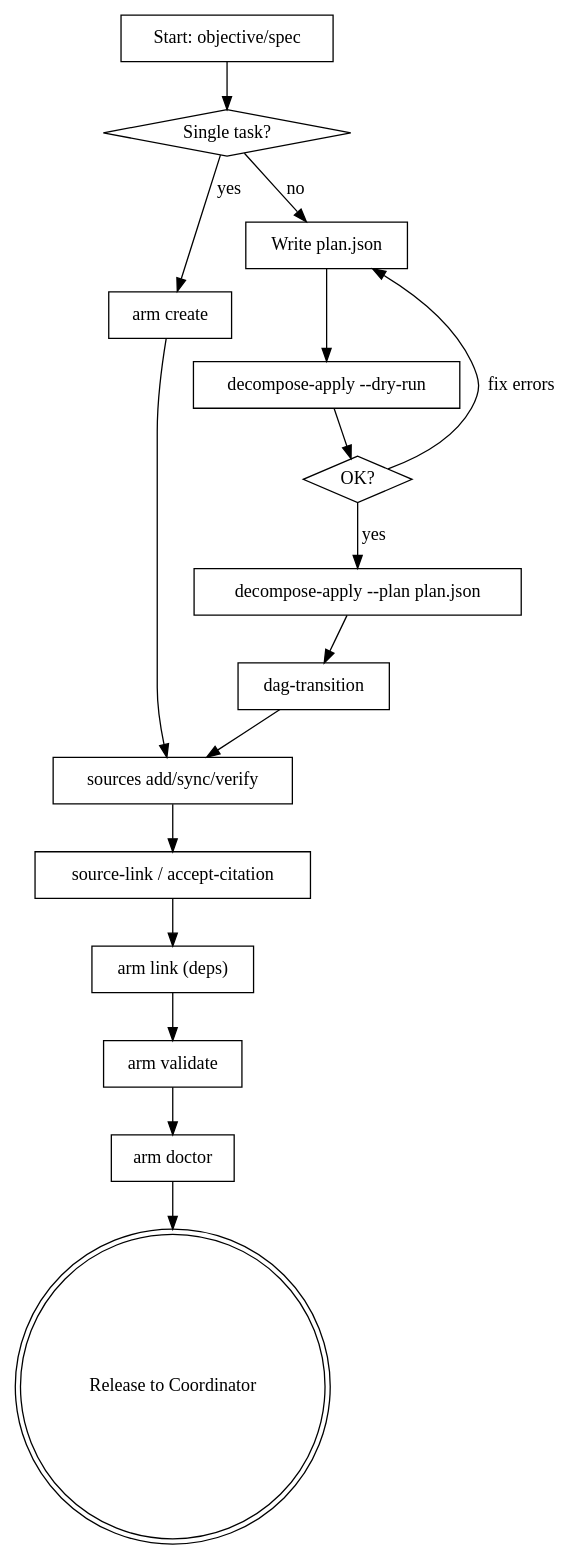
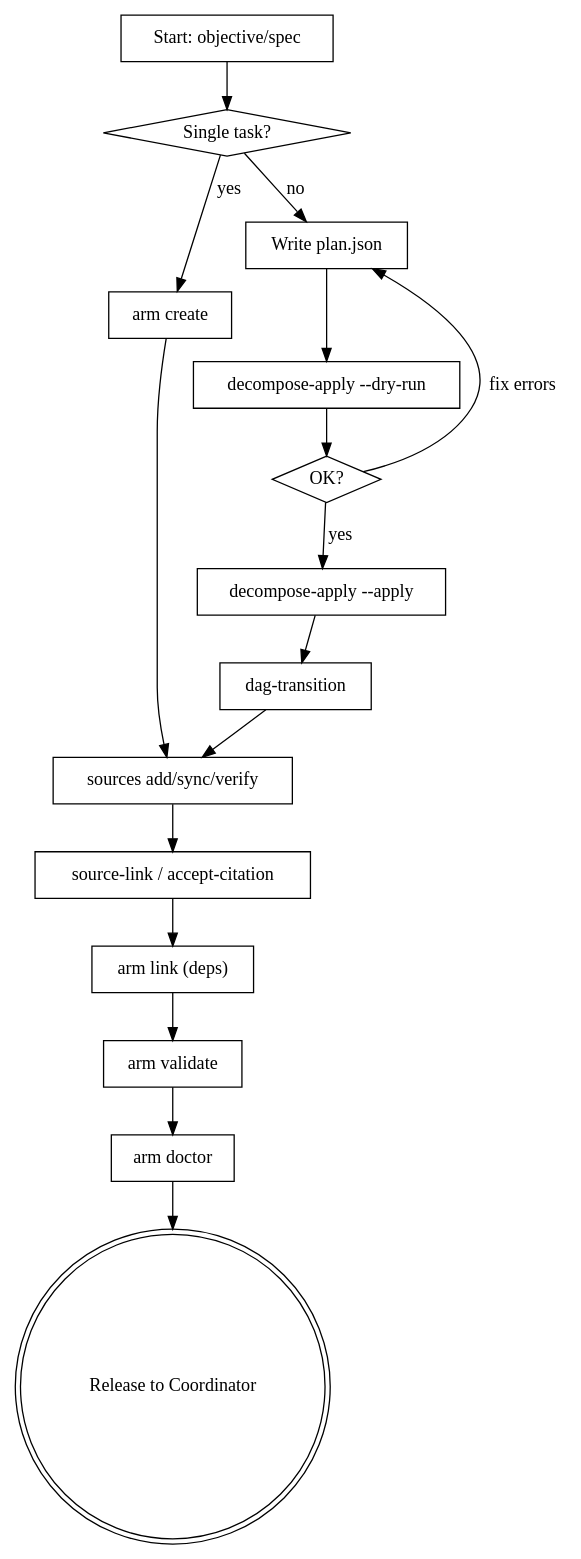
One commit to scullxbones/armature changed the diagram in internal/skillsembed/skills/armature-planner/SKILL.md. Above: the diagram before and after it, drawn with Graphviz. The commit also changed other lines of this file and 371 other files, not shown here.

````diff
--- a/internal/skillsembed/skills/armature-planner/SKILL.md
+++ b/internal/skillsembed/skills/armature-planner/SKILL.md
@@ -44,34 +28,34 @@
 ```dot
 digraph planner_loop {
     "Start: objective/spec" [shape=box];
     "Single task?" [shape=diamond];
     "arm create" [shape=box];
     "Write plan.json" [shape=box];
     "decompose-apply --dry-run" [shape=box];
     "OK?" [shape=diamond];
-    "decompose-apply --plan plan.json" [shape=box];
+    "decompose-apply --apply" [shape=box];
     "dag-transition" [shape=box];
     "sources add/sync/verify" [shape=box];
     "source-link / accept-citation" [shape=box];
     "arm link (deps)" [shape=box];
     "arm validate" [shape=box];
     "arm doctor" [shape=box];
     "Release to Coordinator" [shape=doublecircle];
 
     "Start: objective/spec" -> "Single task?";
     "Single task?" -> "arm create" [label="yes"];
     "Single task?" -> "Write plan.json" [label="no"];
     "arm create" -> "sources add/sync/verify";
     "Write plan.json" -> "decompose-apply --dry-run";
     "decompose-apply --dry-run" -> "OK?" ;
     "OK?" -> "Write plan.json" [label="fix errors"];
-    "OK?" -> "decompose-apply --plan plan.json" [label="yes"];
-    "decompose-apply --plan plan.json" -> "dag-transition";
+    "OK?" -> "decompose-apply --apply" [label="yes"];
+    "decompose-apply --apply" -> "dag-transition";
     "dag-transition" -> "sources add/sync/verify";
     "sources add/sync/verify" -> "source-link / accept-citation";
     "source-link / accept-citation" -> "arm link (deps)";
     "arm link (deps)" -> "arm validate";
     "arm validate" -> "arm doctor";
     "arm doctor" -> "Release to Coordinator";
 }
 ```
````
